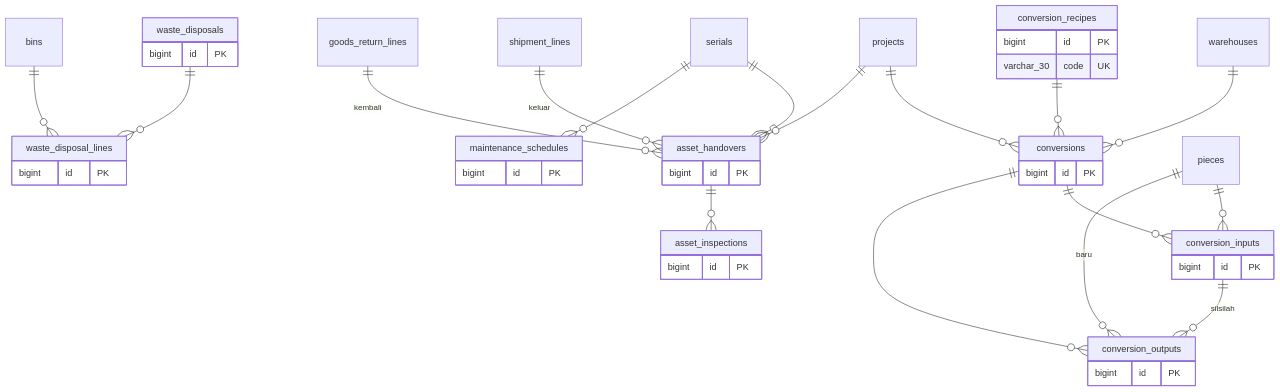
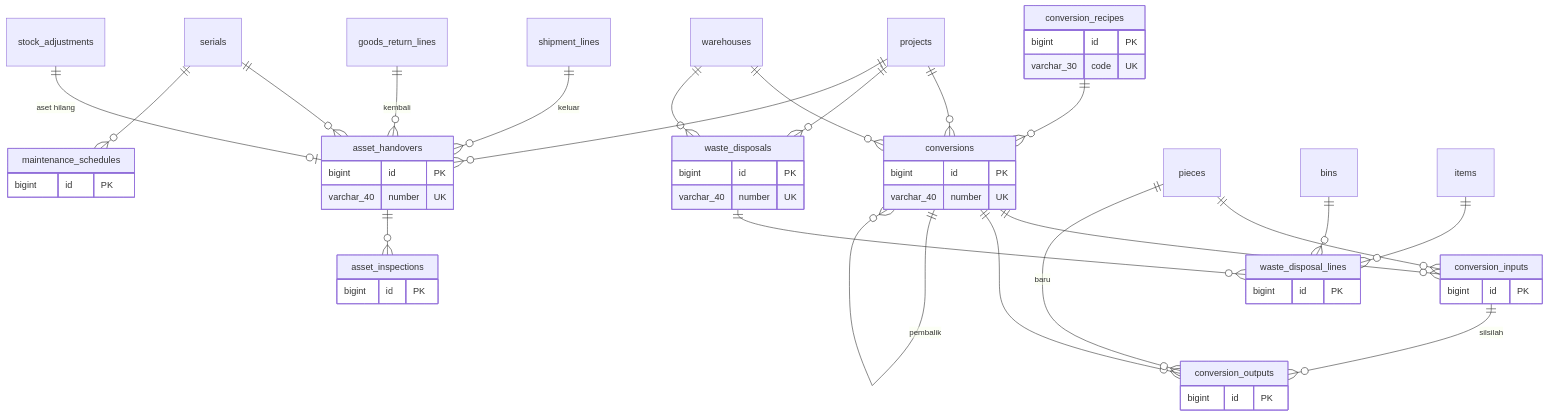
One commit to HengkyDarmawan/wms changed the first of 4 diagrams in docs/wms/08c-model-data-pendukung.md. Above: the diagram before and after it, drawn with Mermaid. The commit also changed other lines of this file and 399 other files, not shown here.

First line of the commit message:
Fase 1 selesai: Konversi/Waste, Aset, PRQ, Platform penuh, Pendukung F1, penutup + tinjauan kode

````diff
--- a/docs/wms/08c-model-data-pendukung.md
+++ b/docs/wms/08c-model-data-pendukung.md
@@ -28,47 +28,55 @@
 ```mermaid
 erDiagram
   conversions {
     bigint id PK
+    varchar_40 number UK
   }
   conversion_inputs {
     bigint id PK
   }
   conversion_outputs {
     bigint id PK
   }
   conversion_recipes {
     bigint id PK
     varchar_30 code UK
   }
   waste_disposals {
     bigint id PK
+    varchar_40 number UK
   }
   waste_disposal_lines {
     bigint id PK
   }
   asset_handovers {
     bigint id PK
+    varchar_40 number UK
   }
   asset_inspections {
     bigint id PK
   }
   maintenance_schedules {
     bigint id PK
   }
   projects ||--o{ conversions : " "
   warehouses ||--o{ conversions : " "
   conversions ||--o{ conversion_inputs : " "
   conversions ||--o{ conversion_outputs : " "
   conversion_inputs ||--o{ conversion_outputs : "silsilah"
   pieces ||--o{ conversion_inputs : " "
   pieces ||--o{ conversion_outputs : "baru"
   conversion_recipes ||--o{ conversions : " "
   waste_disposals ||--o{ waste_disposal_lines : " "
   bins ||--o{ waste_disposal_lines : " "
+  conversions ||--o{ conversions : "pembalik"
+  warehouses ||--o{ waste_disposals : " "
+  projects ||--o{ waste_disposals : " "
+  items ||--o{ waste_disposal_lines : " "
   serials ||--o{ asset_handovers : " "
   projects ||--o{ asset_handovers : " "
   shipment_lines ||--o{ asset_handovers : "keluar"
   goods_return_lines ||--o{ asset_handovers : "kembali"
   asset_handovers ||--o{ asset_inspections : " "
+  stock_adjustments ||--o| asset_handovers : "aset hilang"
   serials ||--o{ maintenance_schedules : " "
 ```
````
